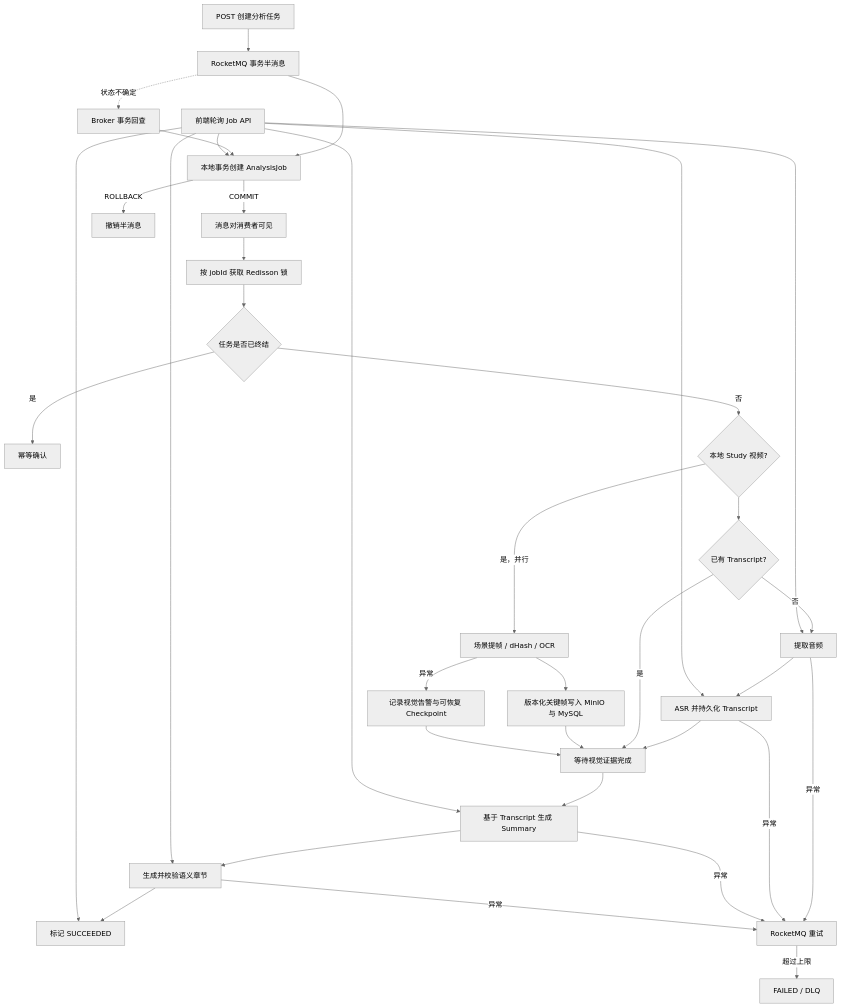
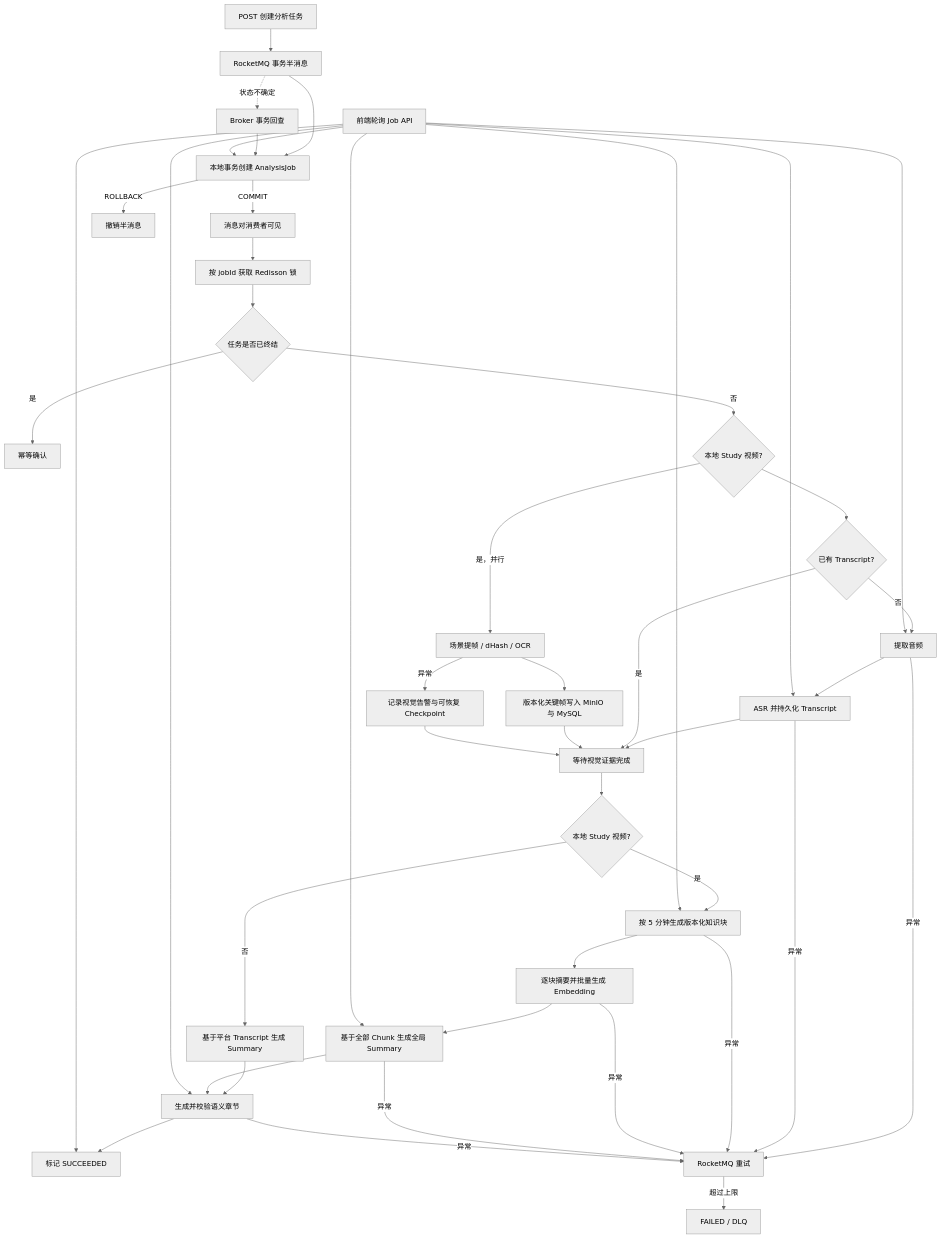
The diagram in README.md (yumestk/VedioMind), drawn with Mermaid (neutral theme) before and after one commit. The commit also changed other lines of this file and 16 other files, not shown here.

````diff
--- a/README.md
+++ b/README.md
@@ -42,40 +43,48 @@
 ```mermaid
 flowchart TD
     A[POST 创建分析任务] --> B[RocketMQ 事务半消息]
     B --> C[本地事务创建 AnalysisJob]
     C -->|COMMIT| D[消息对消费者可见]
     C -->|ROLLBACK| E[撤销半消息]
     B -. 状态不确定 .-> F[Broker 事务回查]
     F --> C
 
     D --> G[按 jobId 获取 Redisson 锁]
     G --> H{任务是否已终结}
     H -->|是| I[幂等确认]
     H -->|否| V{本地 Study 视频?}
     V -->|是，并行| W[场景提帧 / dHash / OCR]
     W --> X[版本化关键帧写入 MinIO 与 MySQL]
     V --> R{已有 Transcript?}
     R -->|否| J[提取音频]
     J --> K[ASR 并持久化 Transcript]
     K --> Y[等待视觉证据完成]
     R -->|是| Y
     X --> Y
     W -->|异常| Z[记录视觉告警与可恢复 Checkpoint]
     Z --> Y
-    Y --> L[基于 Transcript 生成 Summary]
-    L --> Q[生成并校验语义章节]
+    Y --> AA{本地 Study 视频?}
+    AA -->|是| AB[按 5 分钟生成版本化知识块]
+    AB --> AC[逐块摘要并批量生成 Embedding]
+    AC --> L[基于全部 Chunk 生成全局 Summary]
+    AA -->|否| AD[基于平台 Transcript 生成 Summary]
+    AD --> Q[生成并校验语义章节]
+    L --> Q
     Q --> M[标记 SUCCEEDED]
 
     J -->|异常| N[RocketMQ 重试]
     K -->|异常| N
+    AB -->|异常| N
+    AC -->|异常| N
     L -->|异常| N
     Q -->|异常| N
     N -->|超过上限| O[FAILED / DLQ]
 
     P[前端轮询 Job API] --> C
     P --> J
     P --> K
+    P --> AB
     P --> L
     P --> Q
     P --> M
 ```
````
